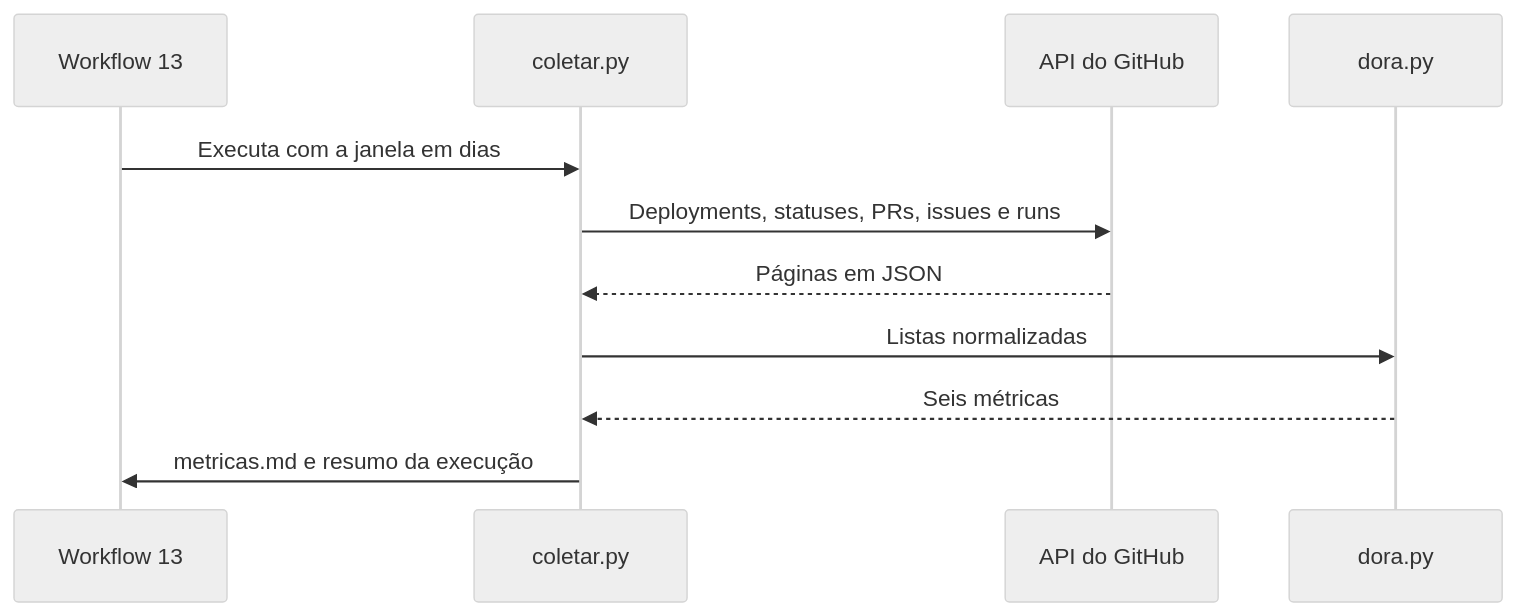
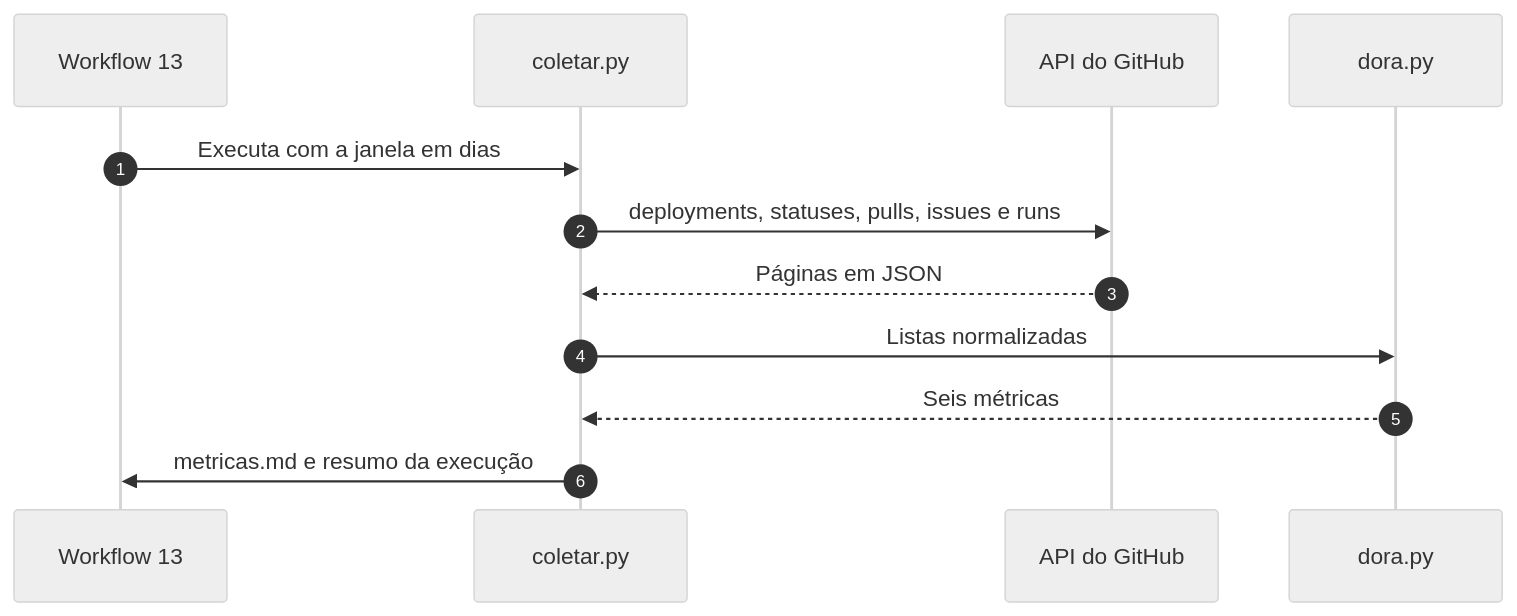
One commit to arkhibr/devops-fluxos-c3dm changed the second of 2 diagrams in cenarios/13-metricas-dora/README.md. Above: the diagram before and after it, drawn with Mermaid (neutral theme). The commit also changed other lines of this file and 7 other files, not shown here.

First line of the commit message:
docs(cenarios): trechos de workflow, links e diagramas dos cenários 08 a 14 (#26)

````diff
--- a/cenarios/13-metricas-dora/README.md
+++ b/cenarios/13-metricas-dora/README.md
@@ -34,13 +42,14 @@
 ```mermaid
 sequenceDiagram
+    autonumber
     participant W as Workflow 13
     participant C as coletar.py
     participant A as API do GitHub
     participant D as dora.py
     W->>C: Executa com a janela em dias
-    C->>A: Deployments, statuses, PRs, issues e runs
+    C->>A: deployments, statuses, pulls, issues e runs
     A-->>C: Páginas em JSON
     C->>D: Listas normalizadas
     D-->>C: Seis métricas
     C->>W: metricas.md e resumo da execução
 ```
````
